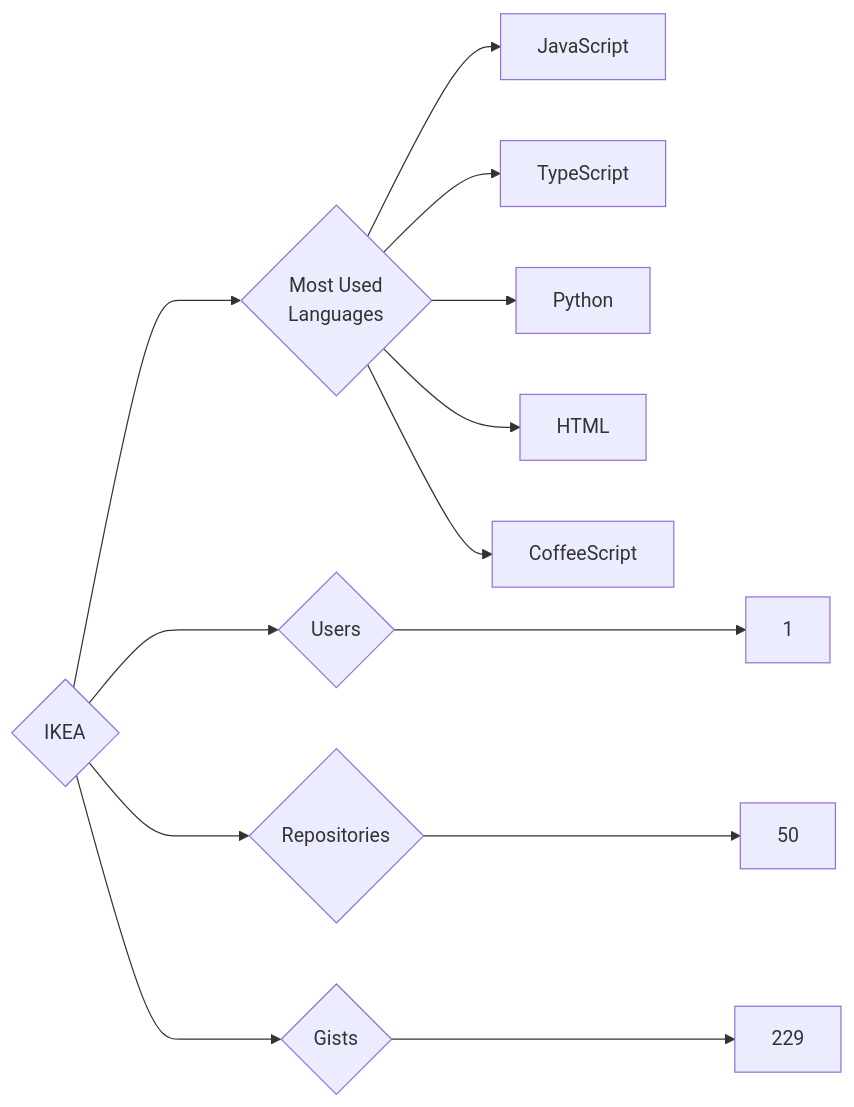
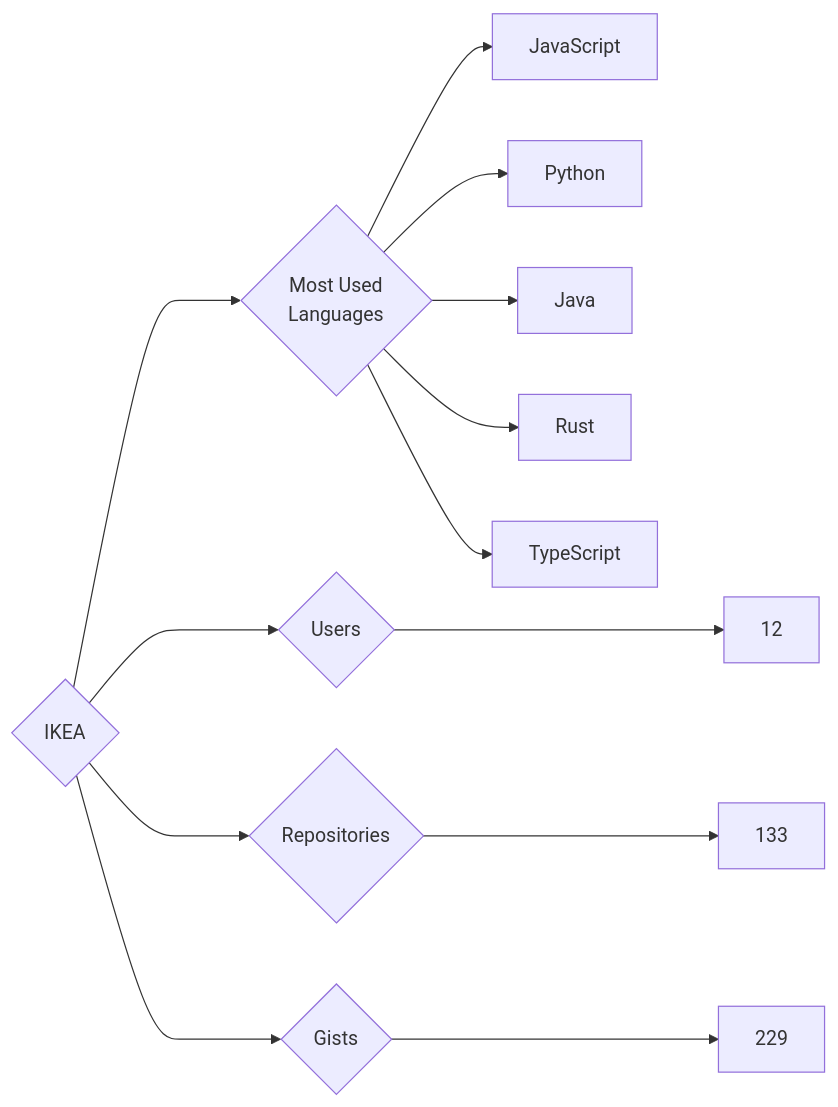
The diagram in targets/IKEA/README.md (trickest/insiders), drawn with Mermaid before and after one commit. The commit also changed 714 other files, not shown here.

````diff
--- a/targets/IKEA/README.md
+++ b/targets/IKEA/README.md
@@ -3,13 +3,13 @@
 ```mermaid
 graph LR
 COMPANY_NAME{IKEA}
-COMPANY_NAME ---> U{Users} ---> UN[1]
-COMPANY_NAME ---> R{Repositories} ---> RN[50]
+COMPANY_NAME ---> U{Users} ---> UN[12]
+COMPANY_NAME ---> R{Repositories} ---> RN[133]
 COMPANY_NAME ---> G{Gists} ---> GN[229]
 COMPANY_NAME ---> ML{Most Used<br>Languages}
 ML --> JavaScript[JavaScript]
+ML --> Python[Python]
+ML --> Java[Java]
+ML --> Rust[Rust]
 ML --> TypeScript[TypeScript]
-ML --> Python[Python]
-ML --> HTML[HTML]
-ML --> CoffeeScript[CoffeeScript]
 ```
````
